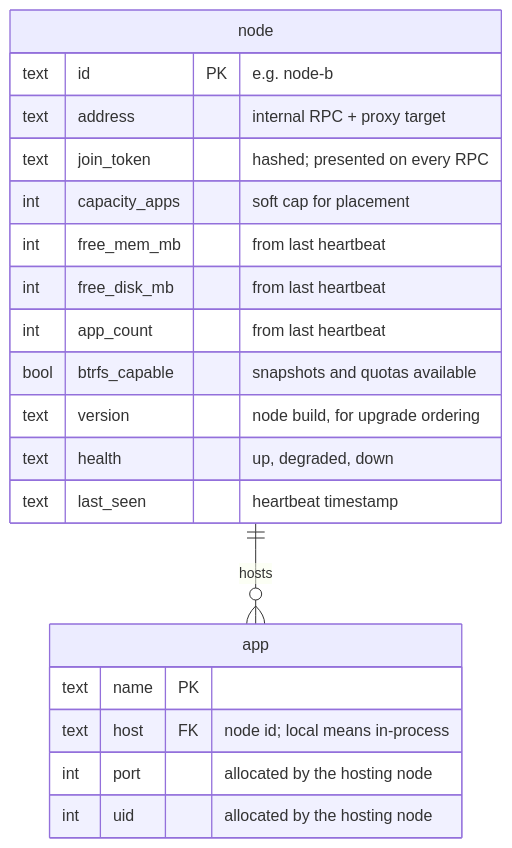
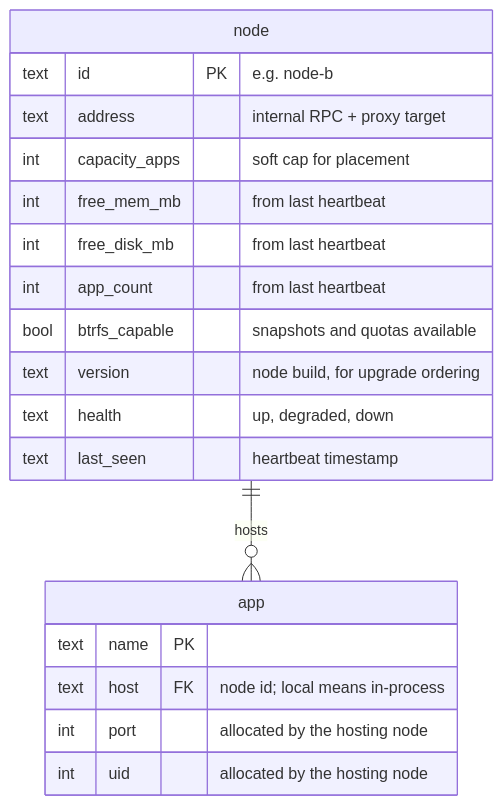
The second of 7 diagrams in docs/slides/presentations/multinode.md (binwiederhier/hostit), drawn with Mermaid before and after one commit. The commit also changed other lines of this file and 32 other files, not shown here.

First line of the commit message:
docs: catch the documentation up with the shipped split architecture

````diff
--- a/docs/slides/presentations/multinode.md
+++ b/docs/slides/presentations/multinode.md
@@ -201,23 +201,22 @@
 ```mermaid {scale: 0.34}
 erDiagram
     node ||--o{ app : hosts
     node {
         text id PK "e.g. node-b"
         text address "internal RPC + proxy target"
-        text join_token "hashed; presented on every RPC"
         int  capacity_apps "soft cap for placement"
         int  free_mem_mb "from last heartbeat"
         int  free_disk_mb "from last heartbeat"
         int  app_count "from last heartbeat"
         bool btrfs_capable "snapshots and quotas available"
         text version "node build, for upgrade ordering"
         text health "up, degraded, down"
         text last_seen "heartbeat timestamp"
     }
     app {
         text name PK
         text host FK "node id; local means in-process"
         int  port "allocated by the hosting node"
         int  uid "allocated by the hosting node"
     }
 ```
````
